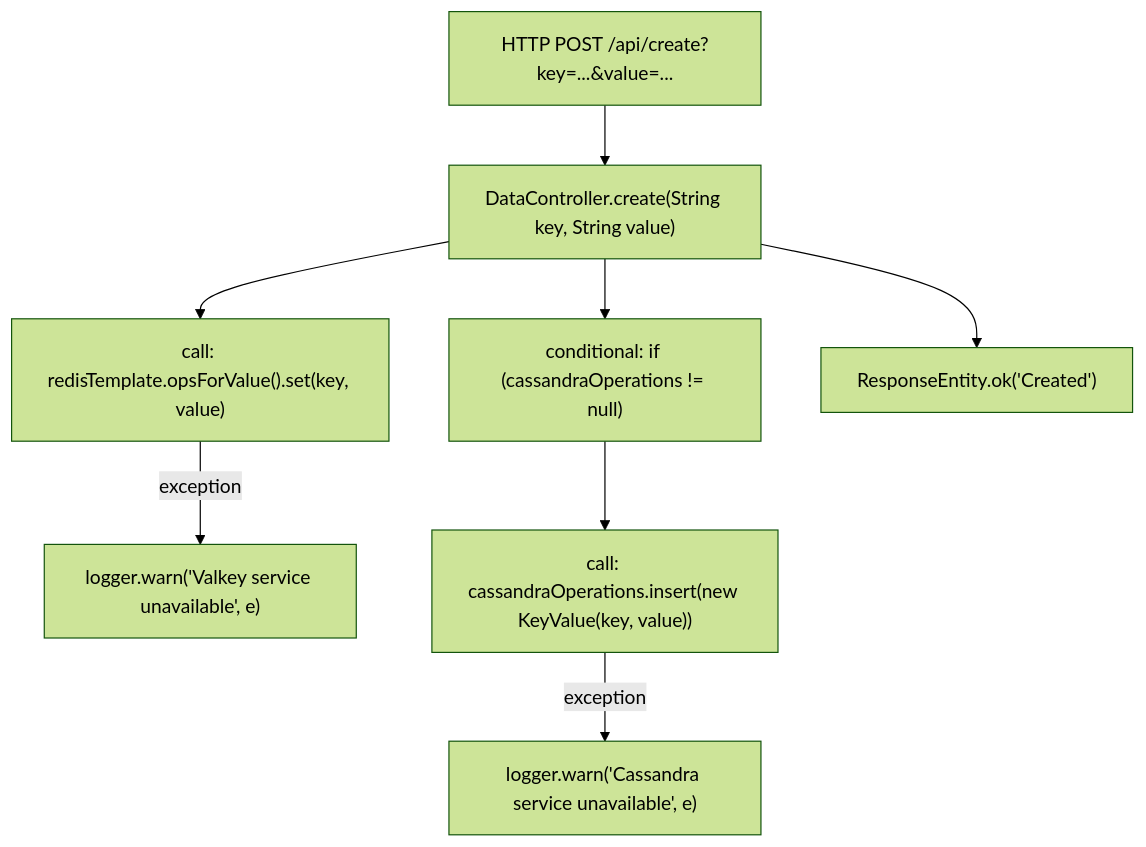
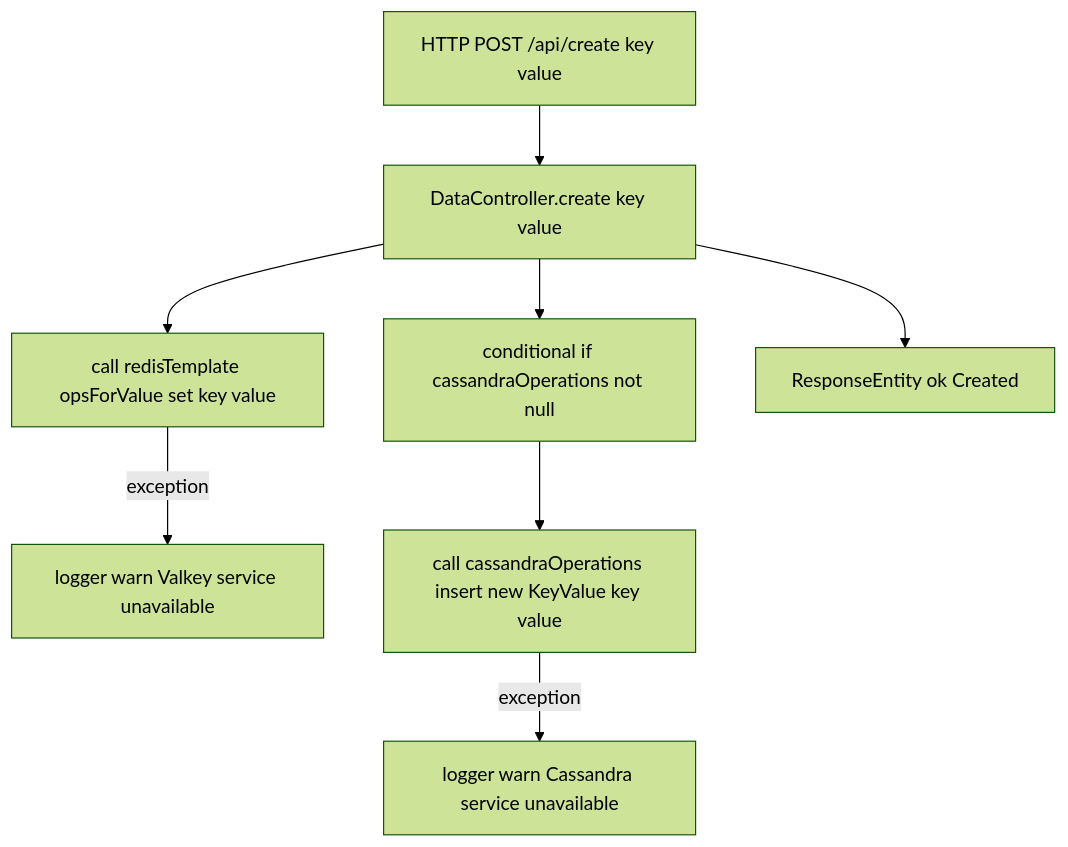
Before and after one commit to platformbuilds/miradorstack-playground: the third of 5 diagrams in dev/app.md, drawn with Mermaid (forest theme). The commit also changed other lines of this file, not shown here.

Commit message:
fix(docs): sanitize mermaid node labels for GitHub rendering

````diff
--- a/dev/app.md
+++ b/dev/app.md
@@ -92,12 +92,12 @@
 ```mermaid
 flowchart TD
-  A[HTTP POST /api/create?key=...&value=...]
-  B["DataController.create(String key, String value)"]
+  A[HTTP POST /api/create key value]
+  B[DataController.create key value]
   A --> B
-  B --> C1["call: redisTemplate.opsForValue().set(key, value)"]
-  C1 -->|exception| C1e["logger.warn('Valkey service unavailable', e)"]
-  B --> C2["conditional: if (cassandraOperations != null)"]
-  C2 --> D["call: cassandraOperations.insert(new KeyValue(key, value))"]
-  D -->|exception| D1["logger.warn('Cassandra service unavailable', e)"]
-  B --> E["ResponseEntity.ok('Created')"]
+  B --> C1[call redisTemplate opsForValue set key value]
+  C1 -->|exception| C1e[logger warn Valkey service unavailable]
+  B --> C2[conditional if cassandraOperations not null]
+  C2 --> D[call cassandraOperations insert new KeyValue key value]
+  D -->|exception| D1[logger warn Cassandra service unavailable]
+  B --> E[ResponseEntity ok Created]
 ```
````
